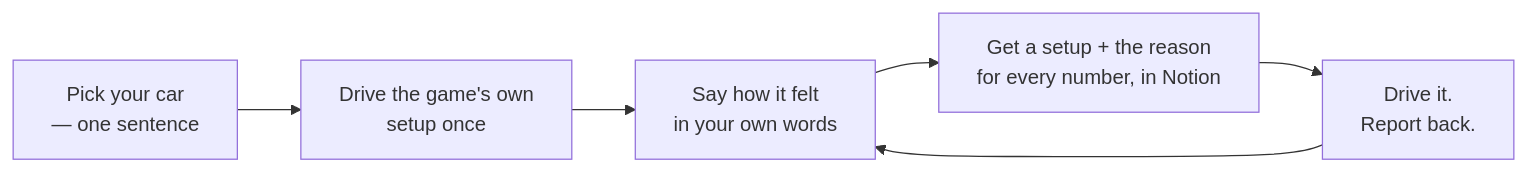
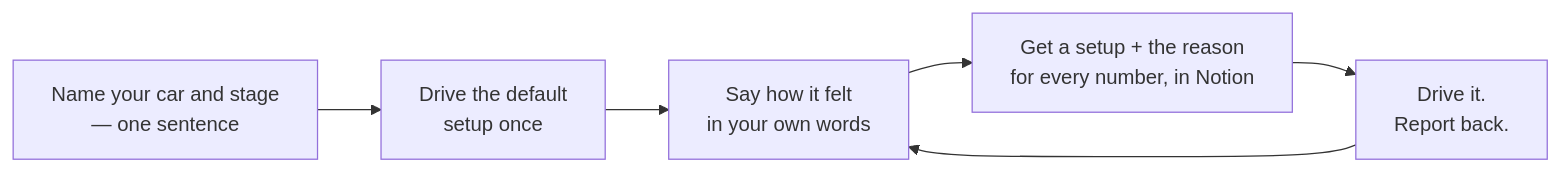
Before and after one commit to fredmayor88/acr-setup-engineer: the first of 6 diagrams in README.md, drawn with Mermaid. The commit also changed other lines of this file and 1 other file, not shown here.

````diff
--- a/README.md
+++ b/README.md
@@ -53,8 +53,8 @@
 ```mermaid
 flowchart LR
-    A["Pick your car<br/>— one sentence"] --> B["Drive the game's own<br/>setup once"]
+    A["Name your car and stage<br/>— one sentence"] --> B["Drive the default<br/>setup once"]
     B --> C["Say how it felt<br/>in your own words"]
     C --> D["Get a setup + the reason<br/>for every number, in Notion"]
     D --> E["Drive it.<br/>Report back."]
     E --> C
 ```
````
